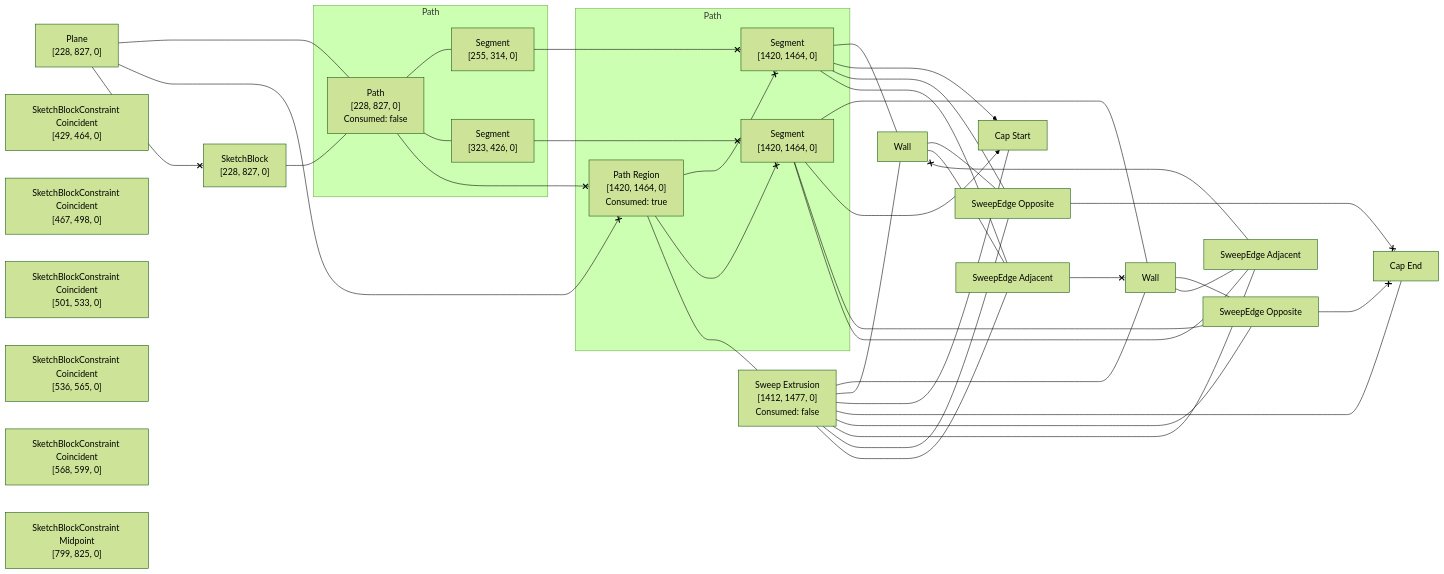
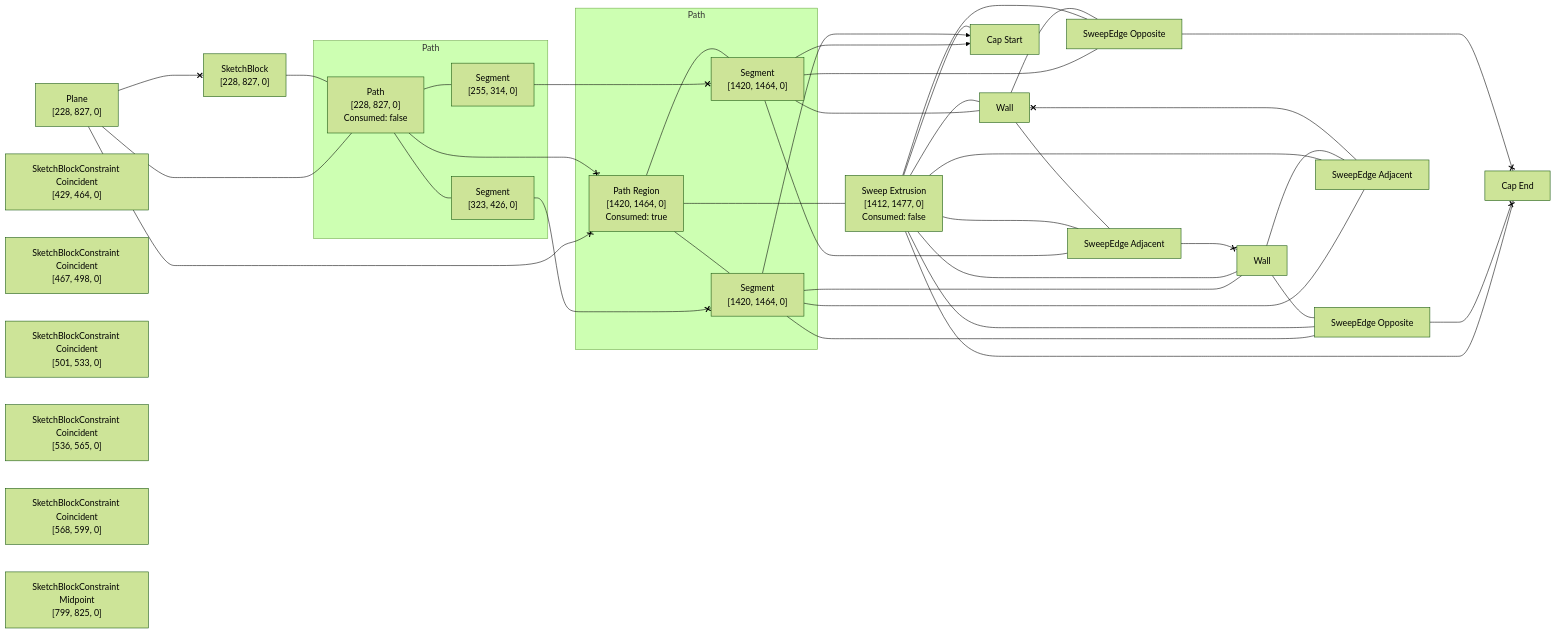
Before and after one commit to KittyCAD/modeling-app: the diagram in rust/kcl-lib/tests/sketch_block_arc_direction_cw/artifact_graph_flowchart.snap.md, drawn with Mermaid (forest theme). The commit also changed 17 other files, not shown here.

```diff
--- a/rust/kcl-lib/tests/sketch_block_arc_direction_cw/artifact_graph_flowchart.snap.md
+++ b/rust/kcl-lib/tests/sketch_block_arc_direction_cw/artifact_graph_flowchart.snap.md
@@ -55,8 +55,8 @@
   17 --- 2
   3 <--x 6
   4 <--x 7
-  5 <--x 6
-  5 <--x 7
+  5 --- 6
+  5 --- 7
   5 ---- 8
   6 --- 10
   6 x--> 11
```
